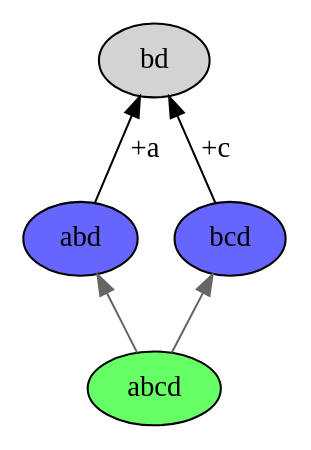
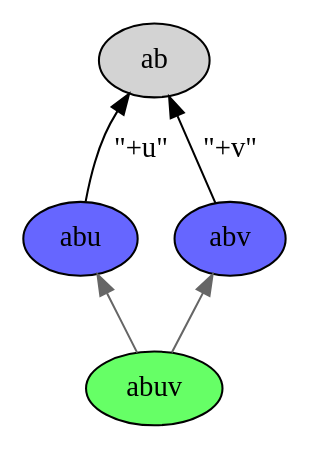
The second of 3 diagrams in causal/05-visibility.rst (infinity0/msg-notes), drawn with Graphviz before and after one commit. The commit also changed other lines of this file, not shown here.

```diff
--- a/causal/05-visibility.rst
+++ b/causal/05-visibility.rst
@@ -56,13 +68,13 @@
 .. digraph:: merge_partial_visibility
 
     rankdir=BT;
     node [style="filled"];
 
-    B0 [label="bd"];
-    C0 [label="abd",fillcolor="#6666ff"];
-    D0 [label="bcd",fillcolor="#6666ff"];
-    X0 [label="abcd",fillcolor="#66ff66"];
-    C0 -> B0 [label="+a"];
-    D0 -> B0 [label="+c"];
+    B0 [label="ab"];
+    C0 [label="abu",fillcolor="#6666ff"];
+    D0 [label="abv",fillcolor="#6666ff"];
+    X0 [label="abuv",fillcolor="#66ff66"];
+    C0 -> B0 [label="\"+u\""];
+    D0 -> B0 [label="\"+v\""];
     X0 -> C0 [color="#666666"];
     X0 -> D0 [color="#666666"];
```
